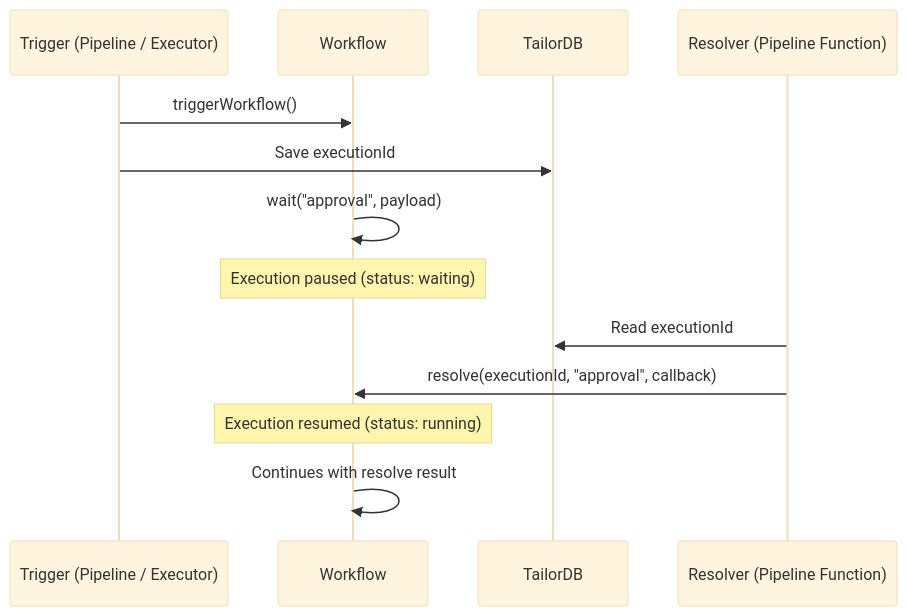
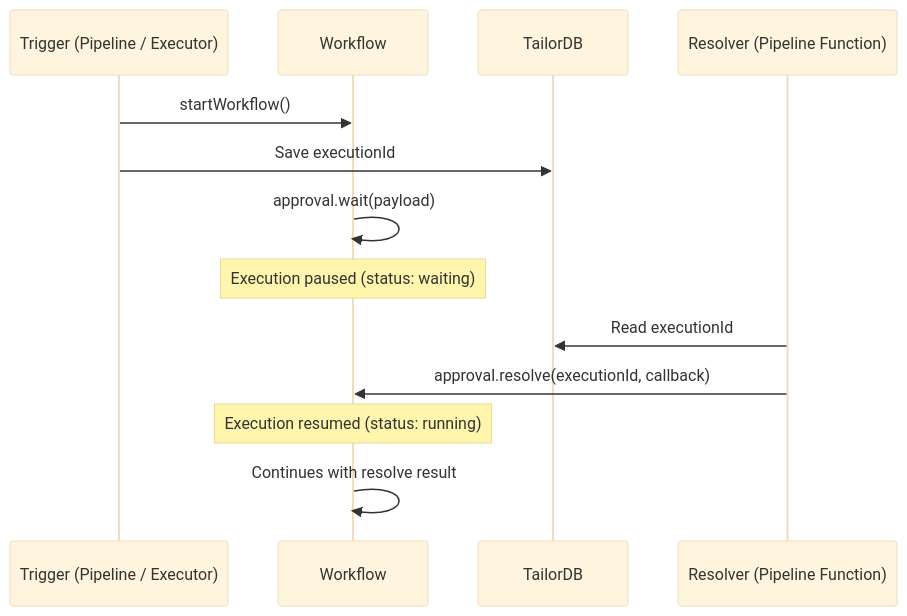
One commit to tailor-platform/docs changed the first of 2 diagrams in docs/guides/workflow/wait-resolve.md. Above: the diagram before and after it, drawn with Mermaid (base theme). The commit also changed other lines of this file and 61 other files, not shown here.

````diff
--- a/docs/guides/workflow/wait-resolve.md
+++ b/docs/guides/workflow/wait-resolve.md
@@ -25,17 +25,17 @@
 ```mermaid
 sequenceDiagram
     participant Trigger as Trigger (Pipeline / Executor)
     participant Workflow as Workflow
     participant DB as TailorDB
     participant Resolver as Resolver (Pipeline Function)
 
-    Trigger->>Workflow: triggerWorkflow()
+    Trigger->>Workflow: startWorkflow()
     Trigger->>DB: Save executionId
-    Workflow->>Workflow: wait("approval", payload)
+    Workflow->>Workflow: approval.wait(payload)
     Note over Workflow: Execution paused (status: waiting)
 
     Resolver->>DB: Read executionId
-    Resolver->>Workflow: resolve(executionId, "approval", callback)
+    Resolver->>Workflow: approval.resolve(executionId, callback)
     Note over Workflow: Execution resumed (status: running)
     Workflow->>Workflow: Continues with resolve result
 ```
````
